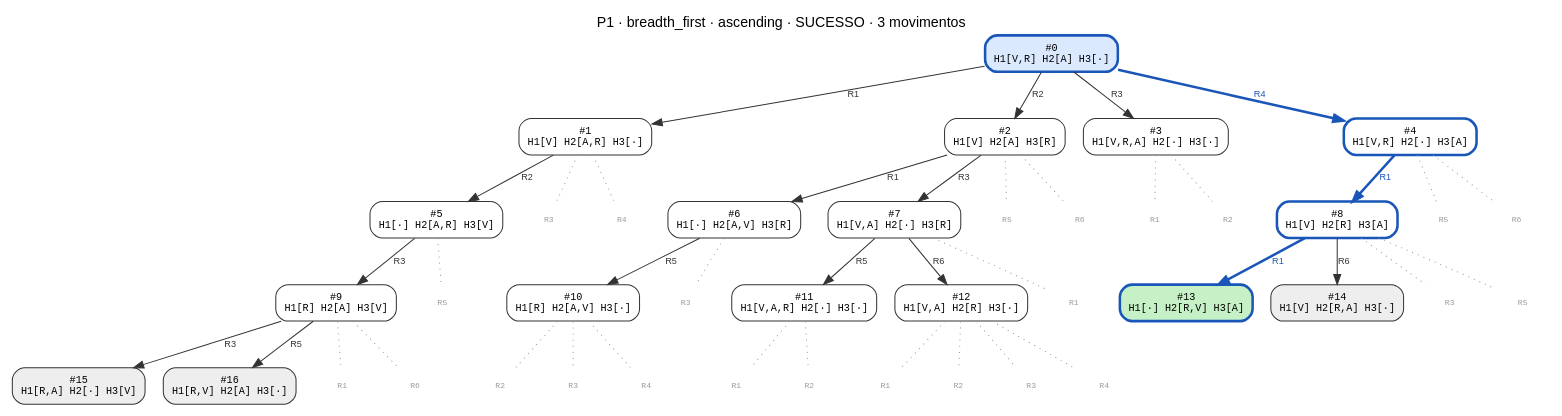
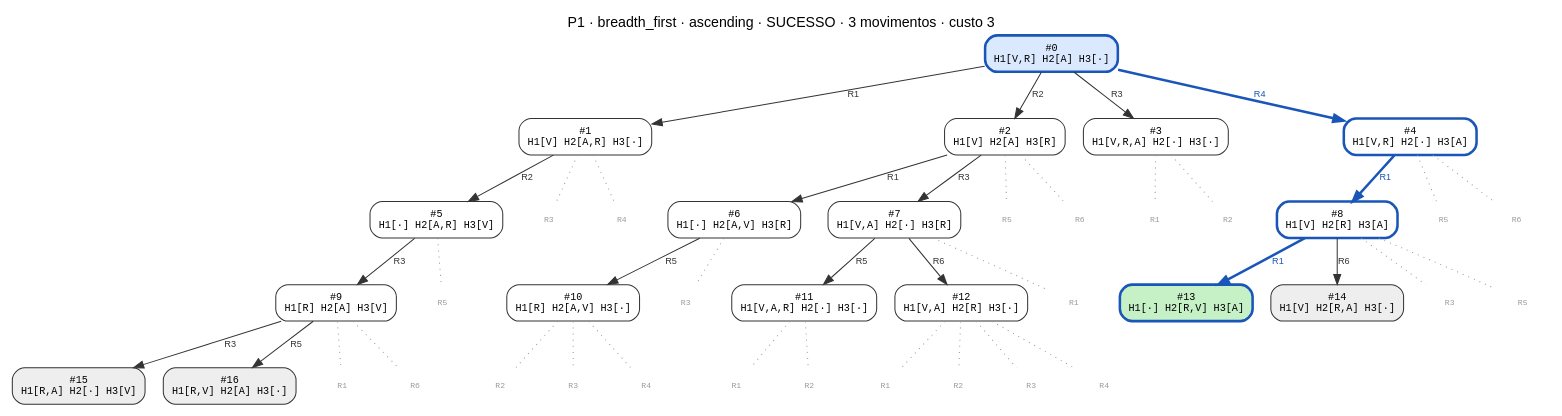
The diagram in data/P1/breadth_first_ascending.dot (CharlesLB/dcc-014-trabalho-1), drawn with Graphviz before and after one commit. The commit also changed 43 other files, not shown here.

```diff
--- a/data/P1/breadth_first_ascending.dot
+++ b/data/P1/breadth_first_ascending.dot
@@ -1,86 +1,86 @@
 digraph search {
-  label="P1 · breadth_first · ascending · SUCESSO · 3 movimentos"; labelloc=t; fontname="Helvetica";
+  label="P1 · breadth_first · ascending · SUCESSO · 3 movimentos · custo 3"; labelloc=t; fontname="Helvetica";
   node [shape=box, style="rounded,filled", fontname="monospace", fontsize=10];
   edge [fontname="Helvetica", fontsize=9];
   n0 [label="#0\nH1[V,R] H2[A] H3[·]", fillcolor="#dbe9ff", color="#1a56b8", penwidth=2.5];
   n1 [label="#1\nH1[V] H2[A,R] H3[·]", fillcolor="#ffffff", color="#333333", penwidth=1];
   n0 -> n1 [label="R1", color="#333333", fontcolor="#333333", penwidth=1];
   n2 [label="#2\nH1[V] H2[A] H3[R]", fillcolor="#ffffff", color="#333333", penwidth=1];
   n0 -> n2 [label="R2", color="#333333", fontcolor="#333333", penwidth=1];
   n3 [label="#3\nH1[V,R,A] H2[·] H3[·]", fillcolor="#ffffff", color="#333333", penwidth=1];
   n0 -> n3 [label="R3", color="#333333", fontcolor="#333333", penwidth=1];
   n4 [label="#4\nH1[V,R] H2[·] H3[A]", fillcolor="#ffffff", color="#1a56b8", penwidth=2.5];
   n0 -> n4 [label="R4", color="#1a56b8", fontcolor="#1a56b8", penwidth=2.5];
   n5 [label="#5\nH1[·] H2[A,R] H3[V]", fillcolor="#ffffff", color="#333333", penwidth=1];
   n1 -> n5 [label="R2", color="#333333", fontcolor="#333333", penwidth=1];
   n6 [label="#6\nH1[·] H2[A,V] H3[R]", fillcolor="#ffffff", color="#333333", penwidth=1];
   n2 -> n6 [label="R1", color="#333333", fontcolor="#333333", penwidth=1];
   n7 [label="#7\nH1[V,A] H2[·] H3[R]", fillcolor="#ffffff", color="#333333", penwidth=1];
   n2 -> n7 [label="R3", color="#333333", fontcolor="#333333", penwidth=1];
   n8 [label="#8\nH1[V] H2[R] H3[A]", fillcolor="#ffffff", color="#1a56b8", penwidth=2.5];
   n4 -> n8 [label="R1", color="#1a56b8", fontcolor="#1a56b8", penwidth=2.5];
   n9 [label="#9\nH1[R] H2[A] H3[V]", fillcolor="#ffffff", color="#333333", penwidth=1];
   n5 -> n9 [label="R3", color="#333333", fontcolor="#333333", penwidth=1];
   n10 [label="#10\nH1[R] H2[A,V] H3[·]", fillcolor="#ffffff", color="#333333", penwidth=1];
   n6 -> n10 [label="R5", color="#333333", fontcolor="#333333", penwidth=1];
   n11 [label="#11\nH1[V,A,R] H2[·] H3[·]", fillcolor="#ffffff", color="#333333", penwidth=1];
   n7 -> n11 [label="R5", color="#333333", fontcolor="#333333", penwidth=1];
   n12 [label="#12\nH1[V,A] H2[R] H3[·]", fillcolor="#ffffff", color="#333333", penwidth=1];
   n7 -> n12 [label="R6", color="#333333", fontcolor="#333333", penwidth=1];
   n13 [label="#13\nH1[·] H2[R,V] H3[A]", fillcolor="#c6f0c6", color="#1a56b8", penwidth=2.5];
   n8 -> n13 [label="R1", color="#1a56b8", fontcolor="#1a56b8", penwidth=2.5];
   n14 [label="#14\nH1[V] H2[R,A] H3[·]", fillcolor="#eeeeee", color="#333333", penwidth=1];
   n8 -> n14 [label="R6", color="#333333", fontcolor="#333333", penwidth=1];
   n15 [label="#15\nH1[R,A] H2[·] H3[V]", fillcolor="#eeeeee", color="#333333", penwidth=1];
   n9 -> n15 [label="R3", color="#333333", fontcolor="#333333", penwidth=1];
   n16 [label="#16\nH1[R,V] H2[A] H3[·]", fillcolor="#eeeeee", color="#333333", penwidth=1];
   n9 -> n16 [label="R5", color="#333333", fontcolor="#333333", penwidth=1];
   p1_R3 [label="R3", shape=plaintext, style=solid, fontcolor="#999999", fontsize=8];
   n1 -> p1_R3 [style=dotted, color="#999999", arrowhead=none];
   p1_R4 [label="R4", shape=plaintext, style=solid, fontcolor="#999999", fontsize=8];
   n1 -> p1_R4 [style=dotted, color="#999999", arrowhead=none];
   p2_R5 [label="R5", shape=plaintext, style=solid, fontcolor="#999999", fontsize=8];
   n2 -> p2_R5 [style=dotted, color="#999999", arrowhead=none];
   p2_R6 [label="R6", shape=plaintext, style=solid, fontcolor="#999999", fontsize=8];
   n2 -> p2_R6 [style=dotted, color="#999999", arrowhead=none];
   p3_R1 [label="R1", shape=plaintext, style=solid, fontcolor="#999999", fontsize=8];
   n3 -> p3_R1 [style=dotted, color="#999999", arrowhead=none];
   p3_R2 [label="R2", shape=plaintext, style=solid, fontcolor="#999999", fontsize=8];
   n3 -> p3_R2 [style=dotted, color="#999999", arrowhead=none];
   p4_R5 [label="R5", shape=plaintext, style=solid, fontcolor="#999999", fontsize=8];
   n4 -> p4_R5 [style=dotted, color="#999999", arrowhead=none];
   p4_R6 [label="R6", shape=plaintext, style=solid, fontcolor="#999999", fontsize=8];
   n4 -> p4_R6 [style=dotted, color="#999999", arrowhead=none];
   p5_R5 [label="R5", shape=plaintext, style=solid, fontcolor="#999999", fontsize=8];
   n5 -> p5_R5 [style=dotted, color="#999999", arrowhead=none];
   p6_R3 [label="R3", shape=plaintext, style=solid, fontcolor="#999999", fontsize=8];
   n6 -> p6_R3 [style=dotted, color="#999999", arrowhead=none];
   p7_R1 [label="R1", shape=plaintext, style=solid, fontcolor="#999999", fontsize=8];
   n7 -> p7_R1 [style=dotted, color="#999999", arrowhead=none];
   p8_R3 [label="R3", shape=plaintext, style=solid, fontcolor="#999999", fontsize=8];
   n8 -> p8_R3 [style=dotted, color="#999999", arrowhead=none];
   p8_R5 [label="R5", shape=plaintext, style=solid, fontcolor="#999999", fontsize=8];
   n8 -> p8_R5 [style=dotted, color="#999999", arrowhead=none];
   p9_R1 [label="R1", shape=plaintext, style=solid, fontcolor="#999999", fontsize=8];
   n9 -> p9_R1 [style=dotted, color="#999999", arrowhead=none];
   p9_R6 [label="R6", shape=plaintext, style=solid, fontcolor="#999999", fontsize=8];
   n9 -> p9_R6 [style=dotted, color="#999999", arrowhead=none];
   p10_R2 [label="R2", shape=plaintext, style=solid, fontcolor="#999999", fontsize=8];
   n10 -> p10_R2 [style=dotted, color="#999999", arrowhead=none];
   p10_R3 [label="R3", shape=plaintext, style=solid, fontcolor="#999999", fontsize=8];
   n10 -> p10_R3 [style=dotted, color="#999999", arrowhead=none];
   p10_R4 [label="R4", shape=plaintext, style=solid, fontcolor="#999999", fontsize=8];
   n10 -> p10_R4 [style=dotted, color="#999999", arrowhead=none];
   p11_R1 [label="R1", shape=plaintext, style=solid, fontcolor="#999999", fontsize=8];
   n11 -> p11_R1 [style=dotted, color="#999999", arrowhead=none];
   p11_R2 [label="R2", shape=plaintext, style=solid, fontcolor="#999999", fontsize=8];
   n11 -> p11_R2 [style=dotted, color="#999999", arrowhead=none];
   p12_R1 [label="R1", shape=plaintext, style=solid, fontcolor="#999999", fontsize=8];
   n12 -> p12_R1 [style=dotted, color="#999999", arrowhead=none];
   p12_R2 [label="R2", shape=plaintext, style=solid, fontcolor="#999999", fontsize=8];
   n12 -> p12_R2 [style=dotted, color="#999999", arrowhead=none];
   p12_R3 [label="R3", shape=plaintext, style=solid, fontcolor="#999999", fontsize=8];
   n12 -> p12_R3 [style=dotted, color="#999999", arrowhead=none];
   p12_R4 [label="R4", shape=plaintext, style=solid, fontcolor="#999999", fontsize=8];
   n12 -> p12_R4 [style=dotted, color="#999999", arrowhead=none];
 }
```
